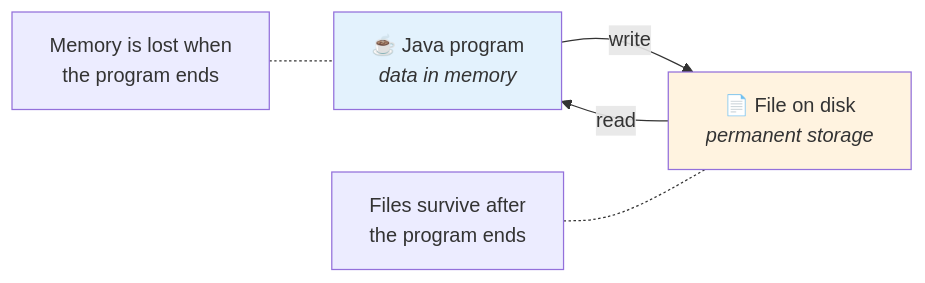
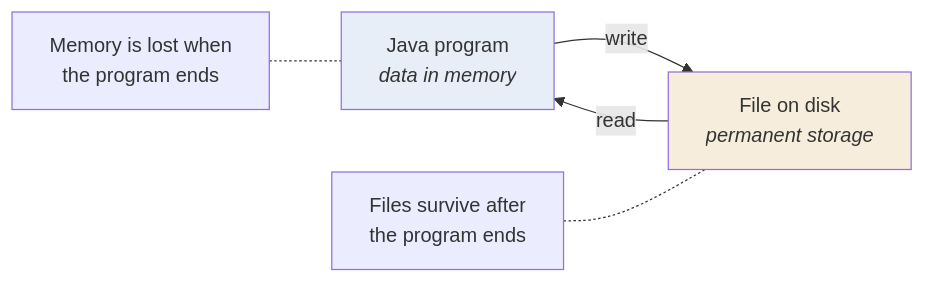
The diagram in src/Theory/10-File-Handling/01-File-Handling-Introduction.md (kundankumarsharma56/Leaning-Java), drawn with Mermaid before and after one commit. The commit also changed other lines of this file and 84 other files, not shown here.

````diff
--- a/src/Theory/10-File-Handling/01-File-Handling-Introduction.md
+++ b/src/Theory/10-File-Handling/01-File-Handling-Introduction.md
@@ -30,9 +30,9 @@
 ```mermaid
 flowchart LR
-    P["☕ Java program<br/><i>data in memory</i>"] -->|write| F["📄 File on disk<br/><i>permanent storage</i>"]
+    P["Java program<br/><i>data in memory</i>"] -->|write| F["File on disk<br/><i>permanent storage</i>"]
     F -->|read| P
     N["Memory is lost when<br/>the program ends"] -.- P
     N2["Files survive after<br/>the program ends"] -.- F
-    style P fill:#e3f2fd
-    style F fill:#fff3e0
+    style P fill:#e7eef7
+    style F fill:#f7eddd
 ```
````
